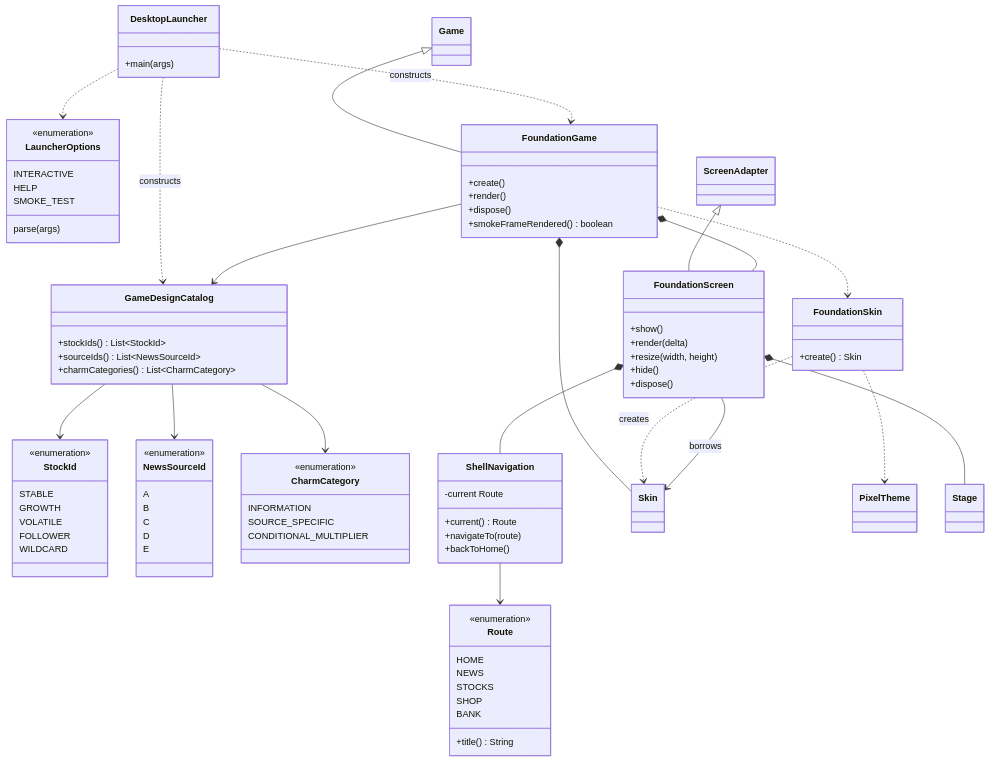
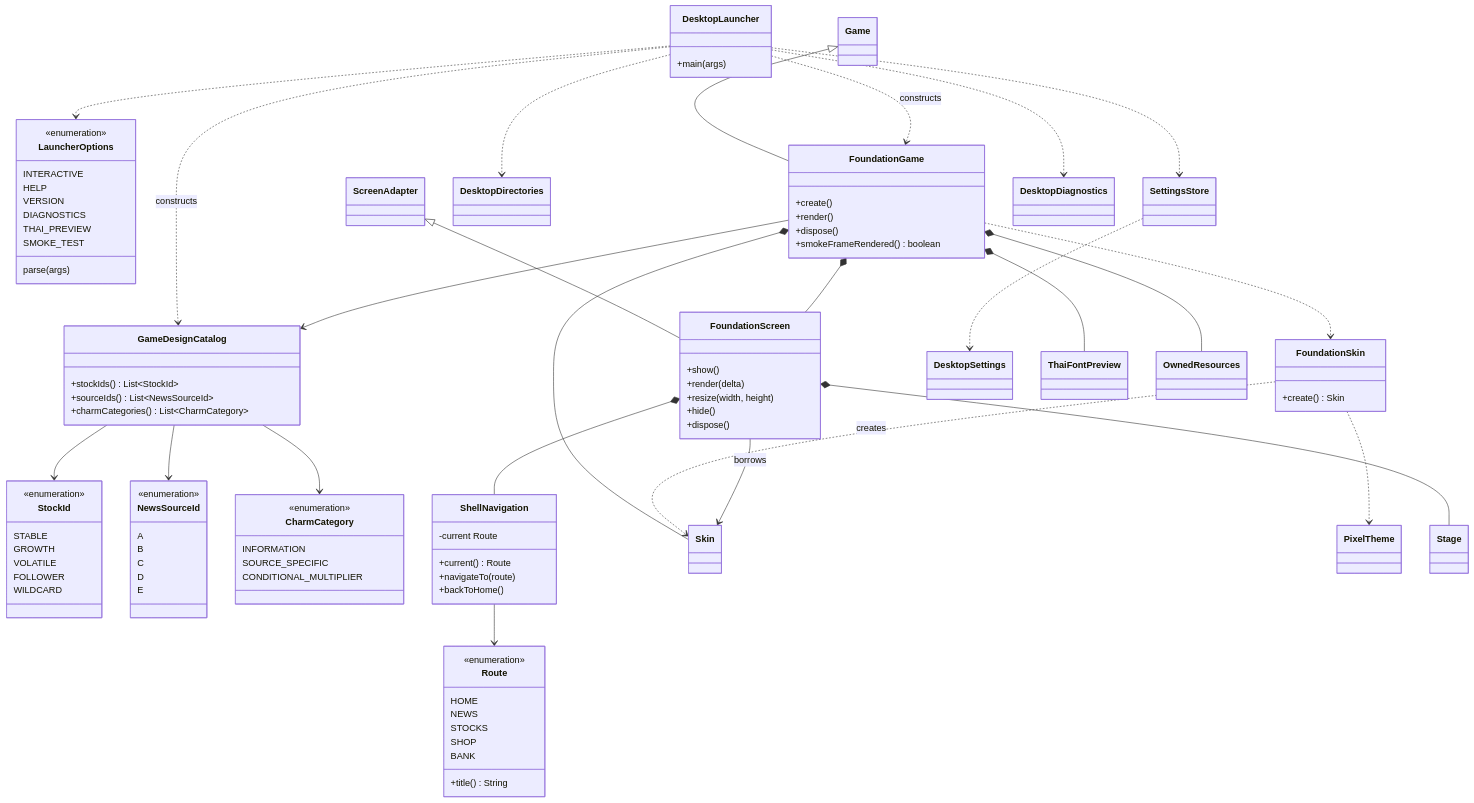
Before and after one commit to ParkPawapon/project-bullbear: the second of 2 diagrams in docs/architecture/diagrams.md, drawn with Mermaid. The commit also changed other lines of this file and 2 other files, not shown here.

Commit message:
docs(architecture): describe desktop ownership and platform boundaries

```diff
--- a/docs/architecture/diagrams.md
+++ b/docs/architecture/diagrams.md
@@ -25,6 +25,9 @@
         <<enumeration>>
         INTERACTIVE
         HELP
+        VERSION
+        DIAGNOSTICS
+        THAI_PREVIEW
         SMOKE_TEST
         parse(args)
     }
@@ -89,10 +92,16 @@
     Game <|-- FoundationGame
     ScreenAdapter <|-- FoundationScreen
     DesktopLauncher ..> LauncherOptions
+    DesktopLauncher ..> DesktopDirectories
+    DesktopLauncher ..> SettingsStore
+    DesktopLauncher ..> DesktopDiagnostics
+    SettingsStore ..> DesktopSettings
     DesktopLauncher ..> FoundationGame : constructs
     DesktopLauncher ..> GameDesignCatalog : constructs
     FoundationGame --> GameDesignCatalog
     FoundationGame *-- FoundationScreen
+    FoundationGame *-- ThaiFontPreview
+    FoundationGame *-- OwnedResources
     FoundationGame ..> FoundationSkin
     FoundationGame *-- Skin
     FoundationSkin ..> PixelTheme
```
